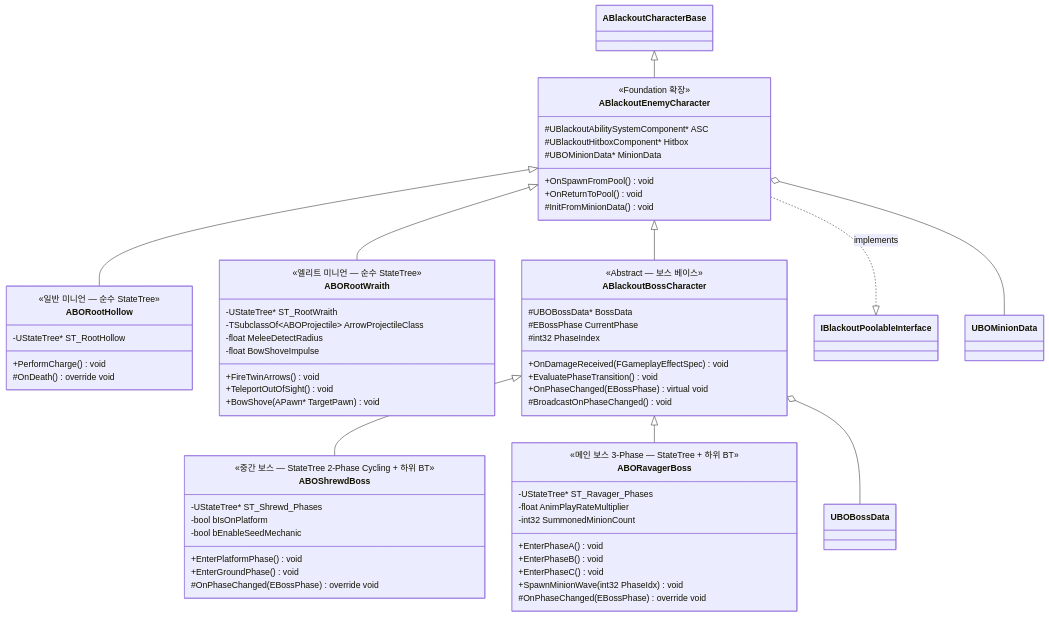
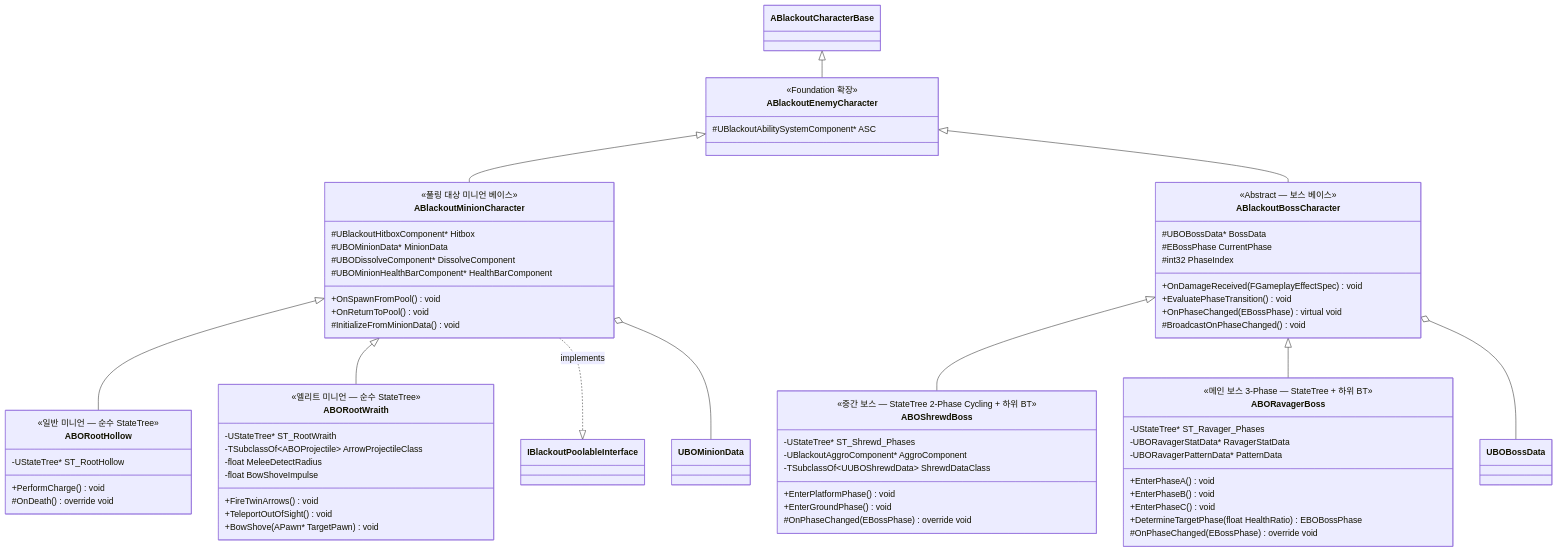
Before and after one commit to seongwon1579/ProjectBlackout: the diagram in Docs/AI_Boss/01_Enemy_Boss_Hierarchy.md, drawn with Mermaid. The commit also changed other lines of this file and 24 other files, not shown here.

Commit message:
Docs: 클래스 다이어그램 최신화

````diff
--- a/Docs/AI_Boss/01_Enemy_Boss_Hierarchy.md
+++ b/Docs/AI_Boss/01_Enemy_Boss_Hierarchy.md
@@ -7,22 +7,29 @@
     direction TB
 
     ABlackoutCharacterBase <|-- ABlackoutEnemyCharacter
-    ABlackoutEnemyCharacter <|-- ABORootHollow
-    ABlackoutEnemyCharacter <|-- ABORootWraith
+    ABlackoutEnemyCharacter <|-- ABlackoutMinionCharacter
+    ABlackoutMinionCharacter <|-- ABORootHollow
+    ABlackoutMinionCharacter <|-- ABORootWraith
     ABlackoutEnemyCharacter <|-- ABlackoutBossCharacter
     ABlackoutBossCharacter <|-- ABOShrewdBoss
     ABlackoutBossCharacter <|-- ABORavagerBoss
 
-    ABlackoutEnemyCharacter ..|> IBlackoutPoolableInterface : implements
+    ABlackoutMinionCharacter ..|> IBlackoutPoolableInterface : implements
 
     class ABlackoutEnemyCharacter {
         <<Foundation 확장>>
         #UBlackoutAbilitySystemComponent* ASC
+    }
+
+    class ABlackoutMinionCharacter {
+        <<풀링 대상 미니언 베이스>>
         #UBlackoutHitboxComponent* Hitbox
         #UBOMinionData* MinionData
+        #UBODissolveComponent* DissolveComponent
+        #UBOMinionHealthBarComponent* HealthBarComponent
         +OnSpawnFromPool() void
         +OnReturnToPool() void
-        #InitFromMinionData() void
+        #InitializeFromMinionData() void
     }
 
     class ABORootHollow {
@@ -57,8 +64,8 @@
     class ABOShrewdBoss {
         <<중간 보스 — StateTree 2-Phase Cycling + 하위 BT>>
         -UStateTree* ST_Shrewd_Phases
-        -bool bIsOnPlatform
-        -bool bEnableSeedMechanic
+        -UBlackoutAggroComponent* AggroComponent
+        -TSubclassOf~UUBOShrewdData~ ShrewdDataClass
         +EnterPlatformPhase() void
         +EnterGroundPhase() void
         #OnPhaseChanged(EBossPhase) override void
@@ -67,15 +74,15 @@
     class ABORavagerBoss {
         <<메인 보스 3-Phase — StateTree + 하위 BT>>
         -UStateTree* ST_Ravager_Phases
-        -float AnimPlayRateMultiplier
-        -int32 SummonedMinionCount
+        -UBORavagerStatData* RavagerStatData
+        -UBORavagerPatternData* PatternData
         +EnterPhaseA() void
         +EnterPhaseB() void
         +EnterPhaseC() void
-        +SpawnMinionWave(int32 PhaseIdx) void
+        +DetermineTargetPhase(float HealthRatio) EBOBossPhase
         #OnPhaseChanged(EBossPhase) override void
     }
 
     ABlackoutBossCharacter o-- UBOBossData
-    ABlackoutEnemyCharacter o-- UBOMinionData
+    ABlackoutMinionCharacter o-- UBOMinionData
 ```
````
